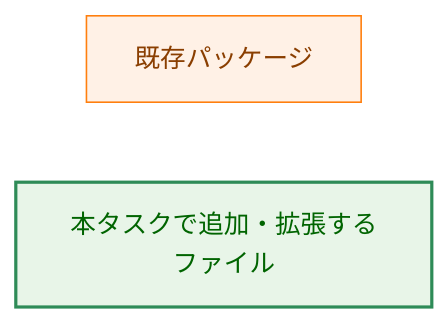
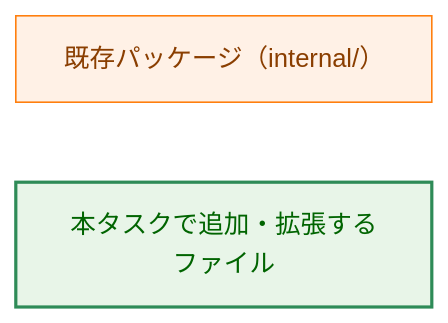
Before and after one commit to isseis/tlsrpt-digest: the fourth of 12 diagrams in docs/tasks/0070_entrypoint/02_architecture.md, drawn with Mermaid (neutral theme). The commit also changed other lines of this file, not shown here.

First line of the commit message:
docs(task 0070): replace §2.1 arrow diagram with dispatch diagram + dependency matrix

````diff
--- a/docs/tasks/0070_entrypoint/02_architecture.md
+++ b/docs/tasks/0070_entrypoint/02_architecture.md
@@ -177,10 +148,10 @@
 ```mermaid
 flowchart LR
     classDef process fill:#fff1e6,stroke:#ff7f0e,stroke-width:1px,color:#8a3e00;
     classDef enhanced fill:#e8f5e8,stroke:#2e8b57,stroke-width:2px,color:#006400;
 
-    P["既存パッケージ"]
+    P["既存パッケージ（internal/）"]
     E["本タスクで追加・拡張するファイル"]
     class P process
     class E enhanced
 ```
````
